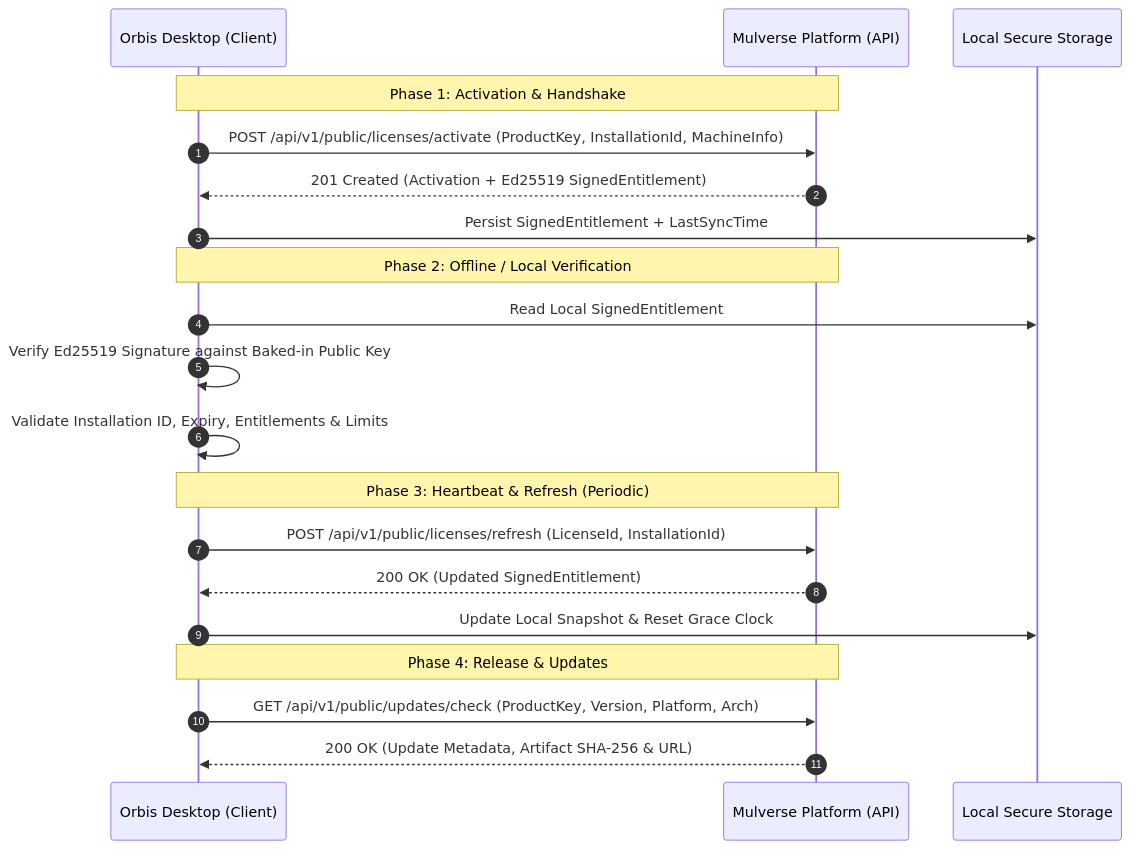
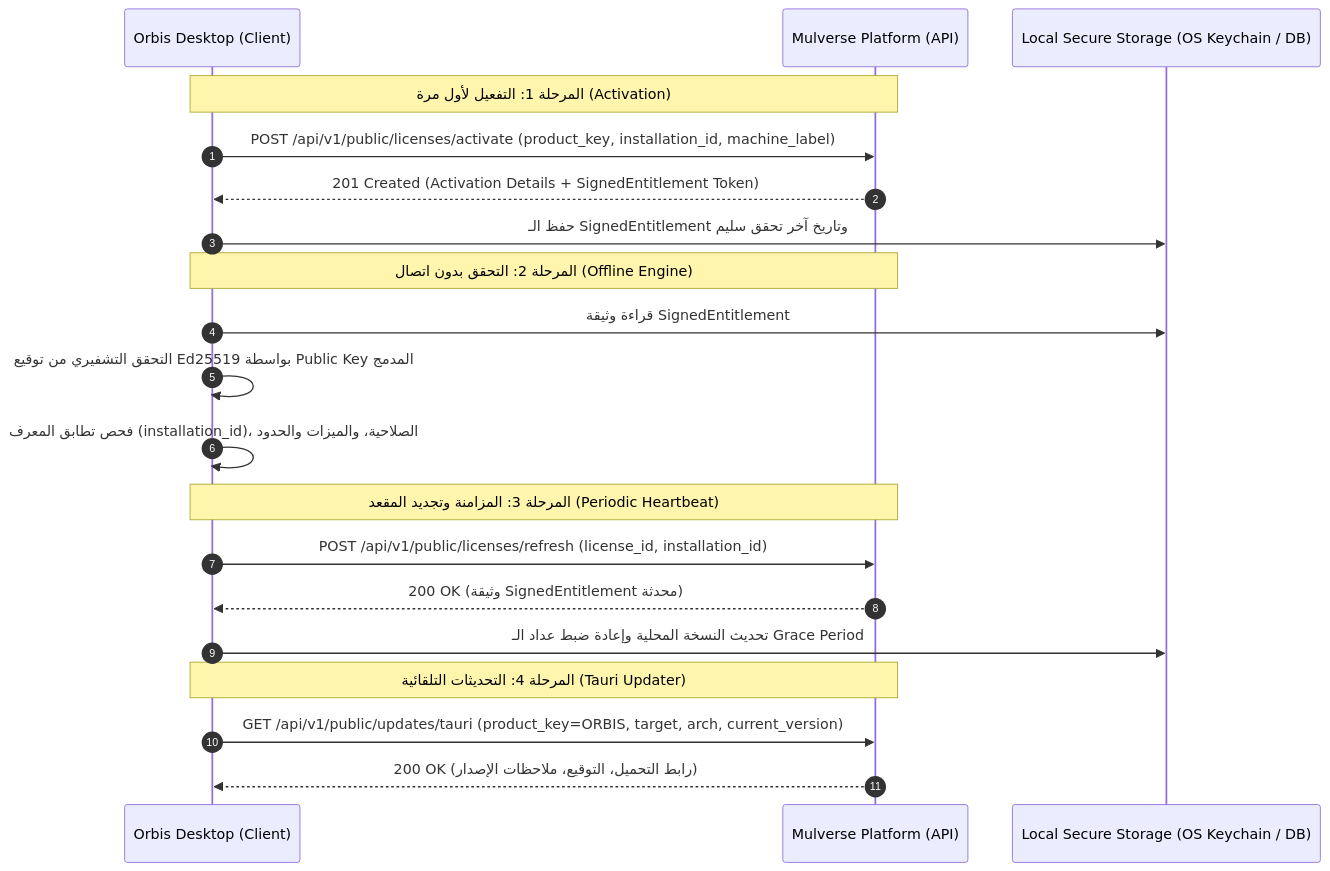
Before and after one commit to MxHabob/Orbis: the diagram in docs/ORBIS_INTEGRATION_CONTRACT.md, drawn with Mermaid. The commit also changed other lines of this file and 53 other files, not shown here.

````diff
--- a/docs/ORBIS_INTEGRATION_CONTRACT.md
+++ b/docs/ORBIS_INTEGRATION_CONTRACT.md
@@ -15,26 +31,26 @@
 ```mermaid
 sequenceDiagram
     autonumber
     participant Orbis as Orbis Desktop (Client)
     participant Platform as Mulverse Platform (API)
-    participant SecStorage as Local Secure Storage
+    participant SecStorage as Local Secure Storage (OS Keychain / DB)
 
-    Note over Orbis, Platform: Phase 1: Activation & Handshake
-    Orbis->>Platform: POST /api/v1/public/licenses/activate (ProductKey, InstallationId, MachineInfo)
-    Platform-->>Orbis: 201 Created (Activation + Ed25519 SignedEntitlement)
-    Orbis->>SecStorage: Persist SignedEntitlement + LastSyncTime
+    Note over Orbis, Platform: المرحلة 1: التفعيل لأول مرة (Activation)
+    Orbis->>Platform: POST /api/v1/public/licenses/activate (product_key, installation_id, machine_label)
+    Platform-->>Orbis: 201 Created (Activation Details + SignedEntitlement Token)
+    Orbis->>SecStorage: حفظ الـ SignedEntitlement وتاريخ آخر تحقق سليم
 
-    Note over Orbis, Platform: Phase 2: Offline / Local Verification
-    Orbis->>SecStorage: Read Local SignedEntitlement
-    Orbis->>Orbis: Verify Ed25519 Signature against Baked-in Public Key
-    Orbis->>Orbis: Validate Installation ID, Expiry, Entitlements & Limits
+    Note over Orbis, Platform: المرحلة 2: التحقق بدون اتصال (Offline Engine)
+    Orbis->>SecStorage: قراءة وثيقة SignedEntitlement
+    Orbis->>Orbis: التحقق التشفيري من توقيع Ed25519 بواسطة Public Key المدمج
+    Orbis->>Orbis: فحص تطابق المعرف (installation_id)، الصلاحية، والميزات والحدود
 
-    Note over Orbis, Platform: Phase 3: Heartbeat & Refresh (Periodic)
-    Orbis->>Platform: POST /api/v1/public/licenses/refresh (LicenseId, InstallationId)
-    Platform-->>Orbis: 200 OK (Updated SignedEntitlement)
-    Orbis->>SecStorage: Update Local Snapshot & Reset Grace Clock
+    Note over Orbis, Platform: المرحلة 3: المزامنة وتجديد المقعد (Periodic Heartbeat)
+    Orbis->>Platform: POST /api/v1/public/licenses/refresh (license_id, installation_id)
+    Platform-->>Orbis: 200 OK (وثيقة SignedEntitlement محدثة)
+    Orbis->>SecStorage: تحديث النسخة المحلية وإعادة ضبط عداد الـ Grace Period
 
-    Note over Orbis, Platform: Phase 4: Release & Updates
-    Orbis->>Platform: GET /api/v1/public/updates/check (ProductKey, Version, Platform, Arch)
-    Platform-->>Orbis: 200 OK (Update Metadata, Artifact SHA-256 & URL)
+    Note over Orbis, Platform: المرحلة 4: التحديثات التلقائية (Tauri Updater)
+    Orbis->>Platform: GET /api/v1/public/updates/tauri (product_key=ORBIS, target, arch, current_version)
+    Platform-->>Orbis: 200 OK (رابط التحميل، التوقيع، ملاحظات الإصدار)
 ```
````
